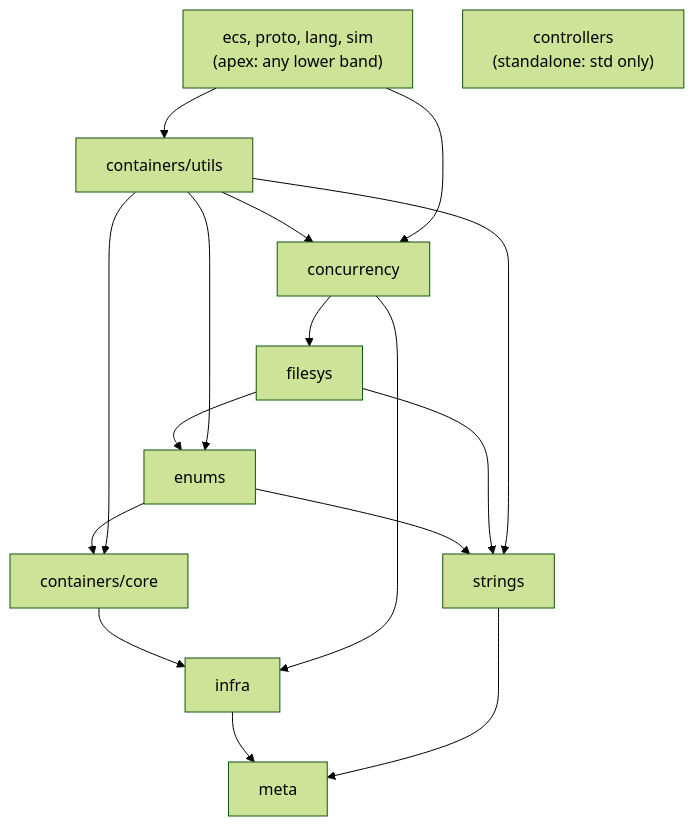
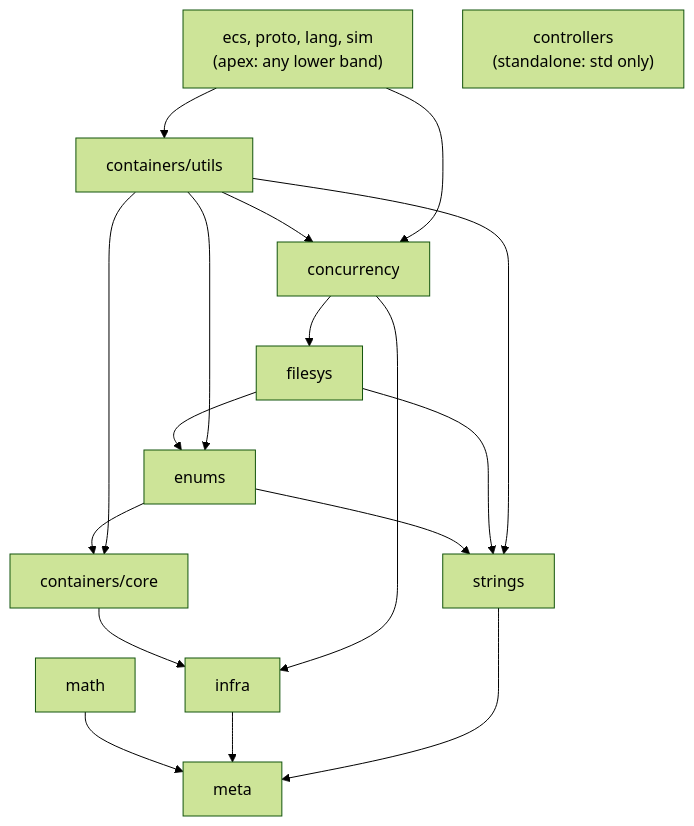
One commit to stevensudit/Corvid changed the diagram in corvid/deps.md. Above: the diagram before and after it, drawn with Mermaid (forest theme). The commit also changed other lines of this file and 12 other files, not shown here.

````diff
--- a/corvid/deps.md
+++ b/corvid/deps.md
@@ -117,29 +127,31 @@
 ```mermaid
 graph TD
     meta[meta]
+    math[math]
     infra[infra]
     strings[strings]
     containers_core["containers/core"]
     enums[enums]
     filesys[filesys]
     concurrency[concurrency]
     containers_utils["containers/utils"]
     apex["ecs, proto, lang, sim<br/>(apex: any lower band)"]
     controllers["controllers<br/>(standalone: std only)"]
 
+    math --> meta
     infra --> meta
     strings --> meta
     containers_core --> infra
     enums --> strings
     enums --> containers_core
     filesys --> strings
     filesys --> enums
     concurrency --> infra
     concurrency --> filesys
     containers_utils --> containers_core
     containers_utils --> strings
     containers_utils --> enums
     containers_utils --> concurrency
     apex --> containers_utils
     apex --> concurrency
 ```
````
